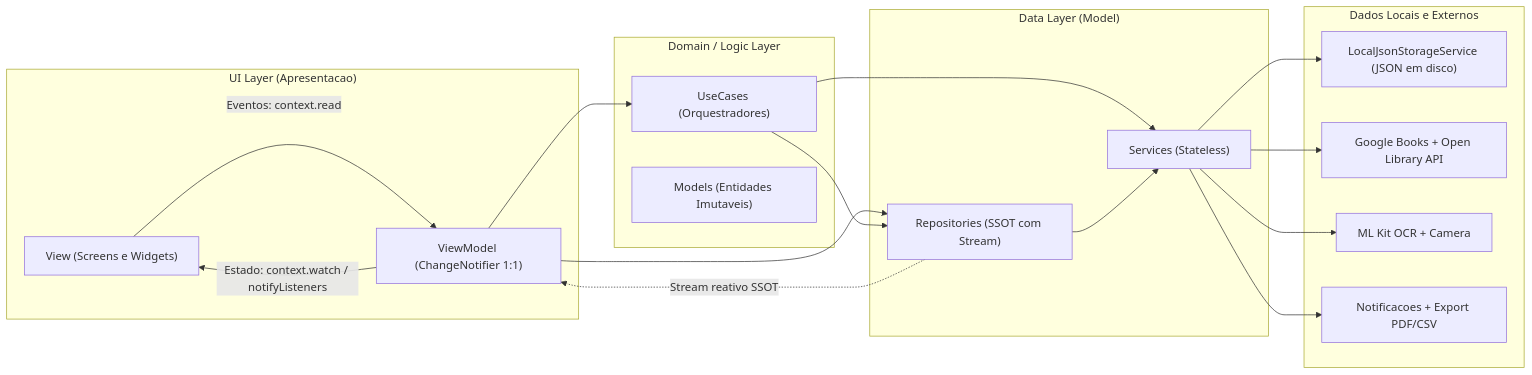
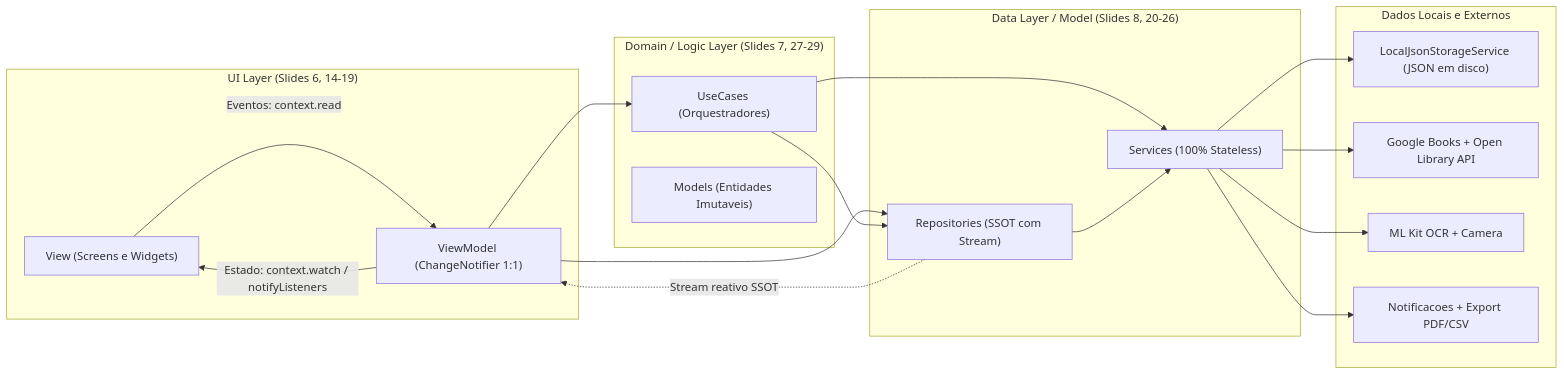
The first of 4 diagrams in README.md (NatanaelLucasBS/booky), drawn with Mermaid before and after one commit. The commit also changed other lines of this file and 17 other files, not shown here.

````diff
--- a/README.md
+++ b/README.md
@@ -18,37 +18,37 @@
 ```mermaid
 flowchart LR
-    subgraph UI["UI Layer (Apresentacao)"]
+    subgraph UI["UI Layer (Slides 6, 14-19)"]
         V["View (Screens e Widgets)"]
         VM["ViewModel (ChangeNotifier 1:1)"]
     end
 
-    subgraph DOMAIN["Domain / Logic Layer"]
+    subgraph DOMAIN["Domain / Logic Layer (Slides 7, 27-29)"]
         UC["UseCases (Orquestradores)"]
         MOD["Models (Entidades Imutaveis)"]
     end
 
-    subgraph DATA["Data Layer (Model)"]
+    subgraph DATA["Data Layer / Model (Slides 8, 20-26)"]
         REPO["Repositories (SSOT com Stream)"]
-        SRV["Services (Stateless)"]
+        SRV["Services (100% Stateless)"]
     end
 
     subgraph EXT["Dados Locais e Externos"]
         JSON["LocalJsonStorageService (JSON em disco)"]
         API["Google Books + Open Library API"]
         ML["ML Kit OCR + Camera"]
         NOTIF["Notificacoes + Export PDF/CSV"]
     end
 
     V -- "Eventos: context.read" --> VM
     VM -- "Estado: context.watch / notifyListeners" --> V
     VM --> UC
     VM --> REPO
     UC --> REPO
     UC --> SRV
     REPO --> SRV
     REPO -. "Stream reativo SSOT" .-> VM
     SRV --> JSON
     SRV --> API
     SRV --> ML
     SRV --> NOTIF
 ```
````
